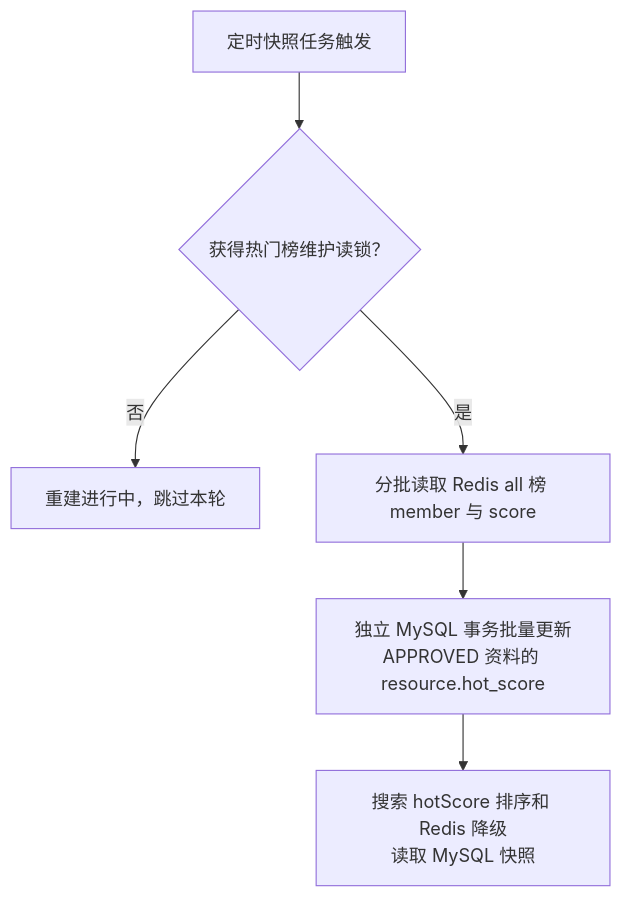
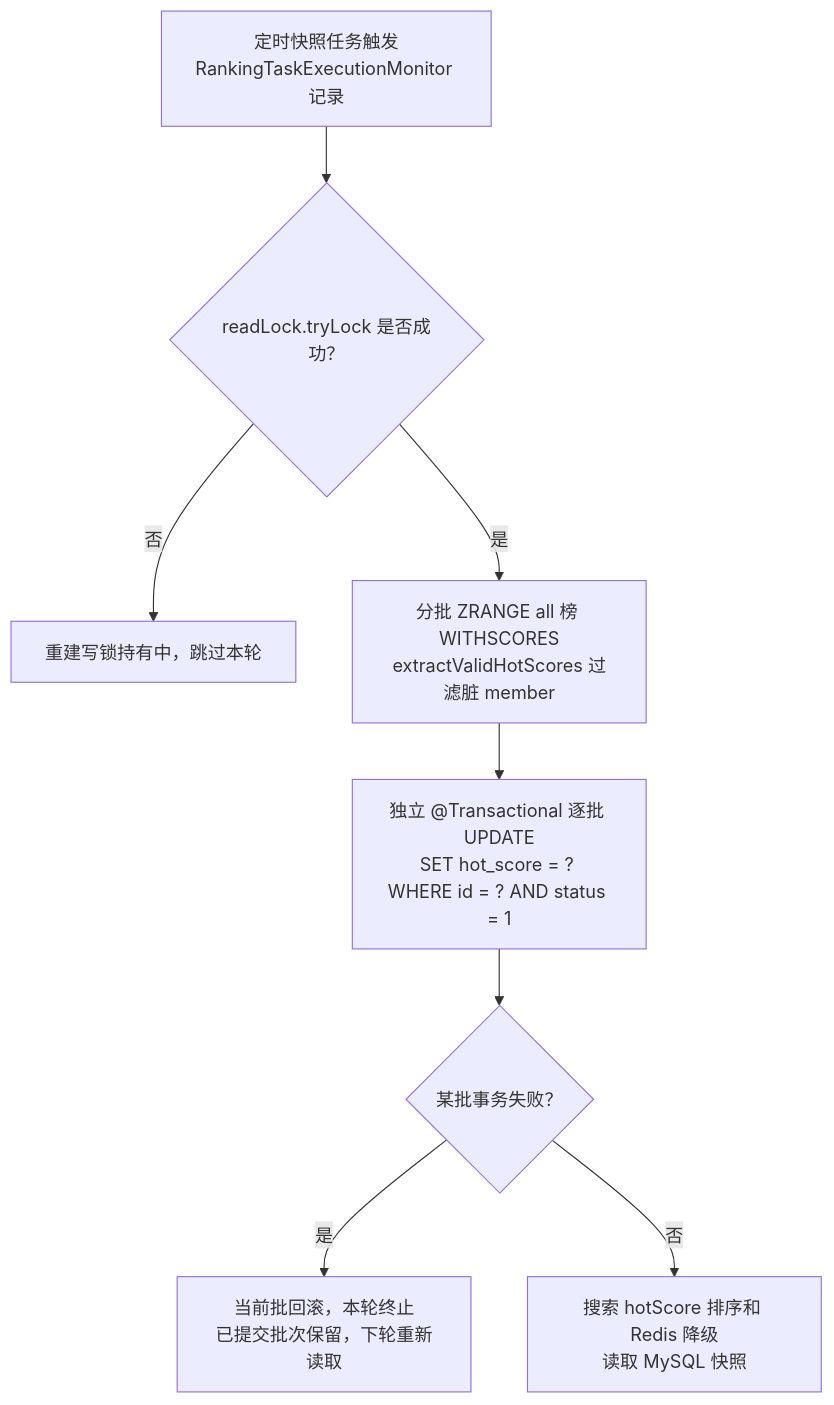
One commit to clear48/campus-resource-platform changed the third of 4 diagrams in docs/modules/09-rank-development-process.md. Above: the diagram before and after it, drawn with Mermaid. The commit also changed other lines of this file, not shown here.

Commit message:
docs(rank): correct Redis key descriptions, lock mechanisms, and outdated status markers in rank development process

````diff
--- a/docs/modules/09-rank-development-process.md
+++ b/docs/modules/09-rank-development-process.md
@@ -413,8 +436,10 @@
 ```mermaid
 flowchart TD
-    A["定时快照任务触发"] --> B{"获得热门榜维护读锁？"}
-    B -- "否" --> C["重建进行中，跳过本轮"]
-    B -- "是" --> D["分批读取 Redis all 榜 member 与 score"]
-    D --> E["独立 MySQL 事务批量更新<br/>APPROVED 资料的 resource.hot_score"]
-    E --> F["搜索 hotScore 排序和 Redis 降级<br/>读取 MySQL 快照"]
+    A["定时快照任务触发<br/>RankingTaskExecutionMonitor 记录"] --> B{"readLock.tryLock 是否成功？"}
+    B -- "否" --> C["重建写锁持有中，跳过本轮"]
+    B -- "是" --> D["分批 ZRANGE all 榜 WITHSCORES<br/>extractValidHotScores 过滤脏 member"]
+    D --> E["独立 @Transactional 逐批 UPDATE<br/>SET hot_score = ? WHERE id = ? AND status = 1"]
+    E --> F{"某批事务失败？"}
+    F -- "是" --> G["当前批回滚，本轮终止<br/>已提交批次保留，下轮重新读取"]
+    F -- "否" --> H["搜索 hotScore 排序和 Redis 降级<br/>读取 MySQL 快照"]
 ```
````
